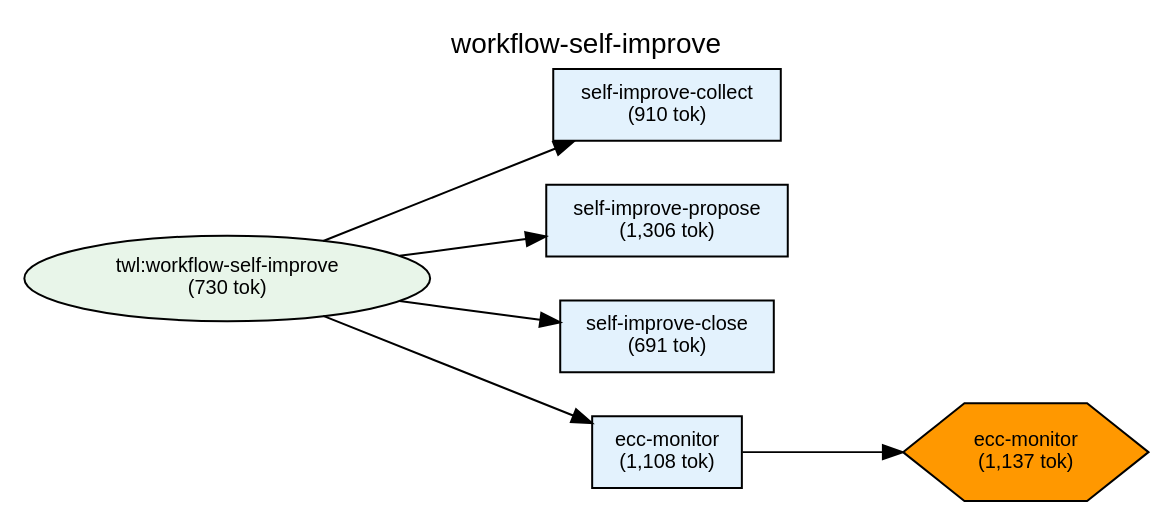
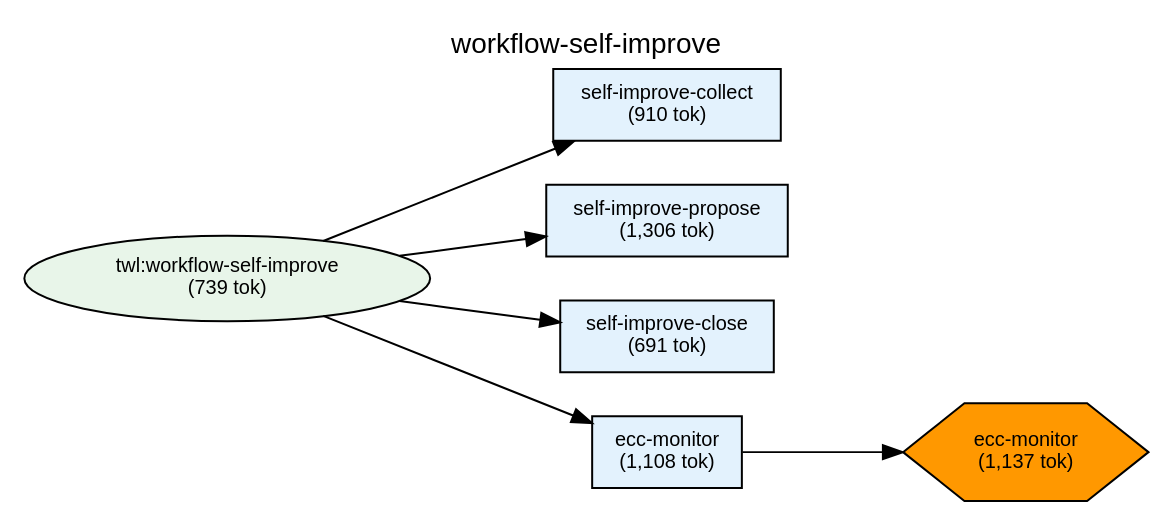
The diagram in plugins/twl/docs/deps-workflow-self-improve.dot (shuu5/twill), drawn with Graphviz before and after one commit. The commit also changed 21 other files, not shown here.

```diff
--- a/plugins/twl/docs/deps-workflow-self-improve.dot
+++ b/plugins/twl/docs/deps-workflow-self-improve.dot
@@ -1,54 +1,54 @@
 digraph Dependencies {
     // Graph settings
     rankdir=LR;
     ranksep=0.8;
     nodesep=0.3;
     fontname="Helvetica";
     node [fontname="Helvetica", fontsize=10];
     edge [fontname="Helvetica", fontsize=9];
     label="workflow-self-improve";
     labelloc=t;
     fontsize=14;
 
     // L0: Controller Skills
 
     // L0: Launchers
 
     // L0.5: Workflow Skills
-    skill_workflow_self_improve [label="twl:workflow-self-improve\n(730 tok)", shape=ellipse, style=filled, fillcolor="#e8f5e9"];
+    skill_workflow_self_improve [label="twl:workflow-self-improve\n(739 tok)", shape=ellipse, style=filled, fillcolor="#e8f5e9"];
 
     // Reference Skills
 
     // L1: Direct Commands
     cmd_self_improve_collect [label="self-improve-collect\n(910 tok)", shape=box, style=filled, fillcolor="#e3f2fd"];
     cmd_self_improve_propose [label="self-improve-propose\n(1,306 tok)", shape=box, style=filled, fillcolor="#e3f2fd"];
     cmd_self_improve_close [label="self-improve-close\n(691 tok)", shape=box, style=filled, fillcolor="#e3f2fd"];
     cmd_ecc_monitor [label="ecc-monitor\n(1,108 tok)", shape=box, style=filled, fillcolor="#e3f2fd"];
 
     // L2: Sub Commands
 
     // L3: Agents
 
     // L3.5: Scripts
     script_ecc_monitor [label="ecc-monitor\n(1,137 tok)", shape=hexagon, style=filled, fillcolor="#FF9800"];
 
     // L4: External
 
     // Layer constraints
     { rank=same; skill_workflow_self_improve; }
     { rank=same; cmd_self_improve_collect; cmd_self_improve_propose; cmd_self_improve_close; cmd_ecc_monitor; }
     { rank=same; script_ecc_monitor; }
 
     // Edges
     skill_workflow_self_improve -> cmd_self_improve_collect;
     skill_workflow_self_improve -> cmd_self_improve_propose;
     skill_workflow_self_improve -> cmd_self_improve_close;
     skill_workflow_self_improve -> cmd_ecc_monitor;
     cmd_ecc_monitor -> script_ecc_monitor;
 
     // Ordering constraints (invisible edges)
     cmd_self_improve_collect -> cmd_self_improve_propose [style=invis, weight=10];
     cmd_self_improve_propose -> cmd_self_improve_close [style=invis, weight=10];
     cmd_self_improve_close -> cmd_ecc_monitor [style=invis, weight=10];
 
 }
```
